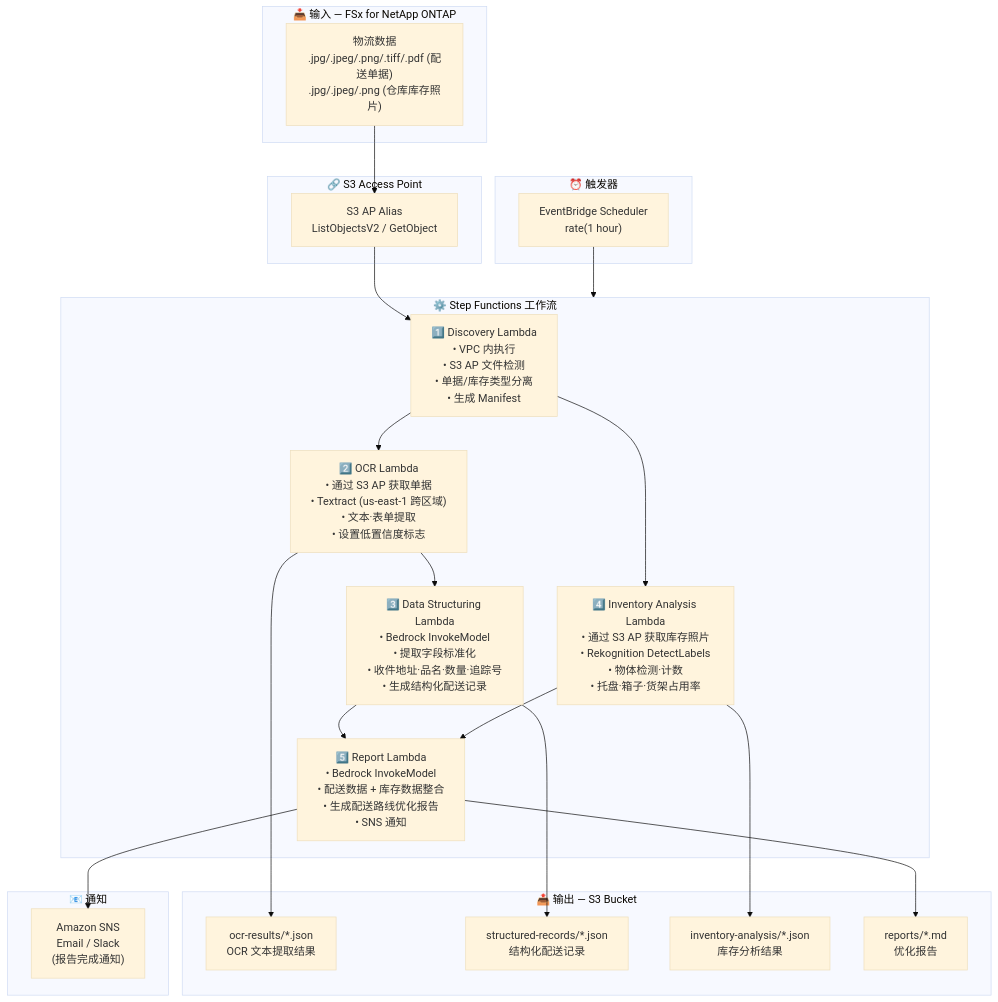
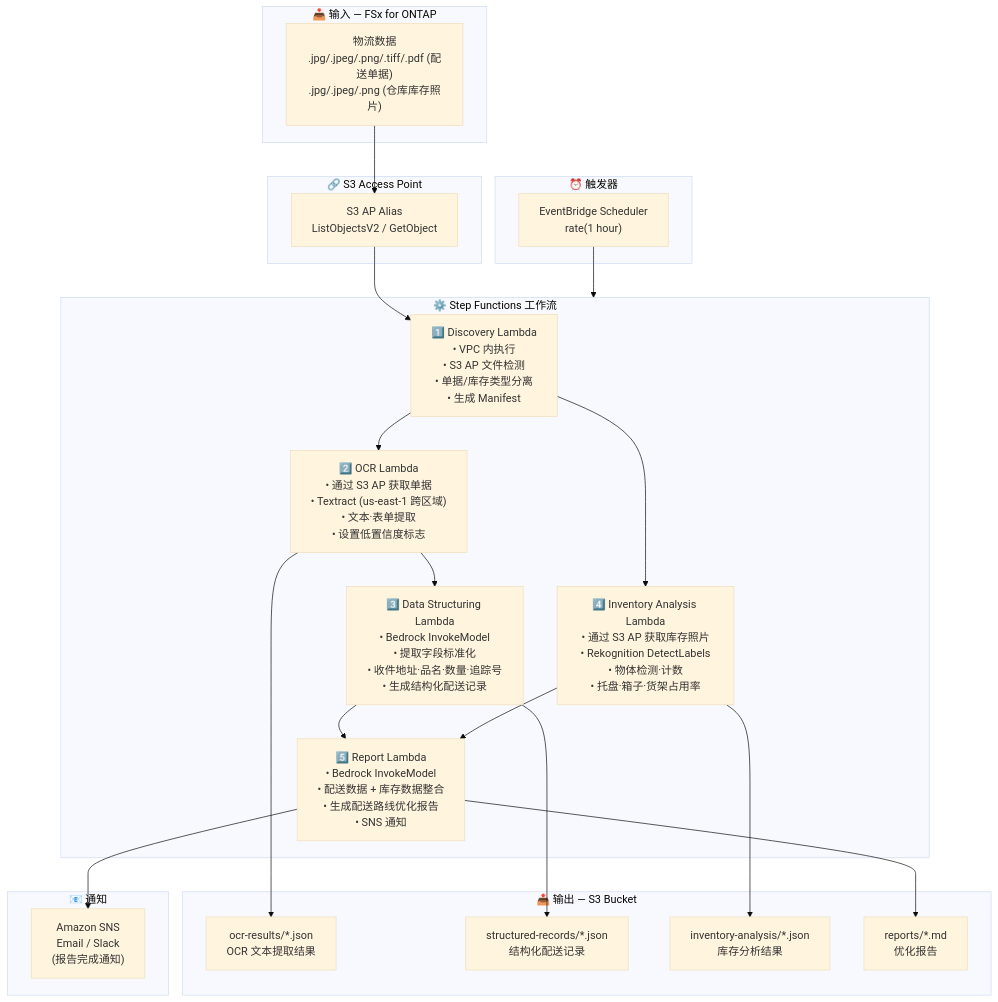
Before and after one commit to Yoshiki0705/FSx-for-ONTAP-S3AccessPoints-Serverless-Patterns: the diagram in logistics-ocr/docs/architecture.zh-CN.md, drawn with Mermaid (base theme). The commit also changed other lines of this file and 597 other files, not shown here.

````diff
--- a/logistics-ocr/docs/architecture.zh-CN.md
+++ b/logistics-ocr/docs/architecture.zh-CN.md
@@ -13,47 +13,47 @@
 ```mermaid
 flowchart TB
-    subgraph INPUT["📥 输入 — FSx for NetApp ONTAP"]
+    subgraph INPUT["📥 输入 — FSx for ONTAP"]
         DATA["物流数据<br/>.jpg/.jpeg/.png/.tiff/.pdf (配送单据)<br/>.jpg/.jpeg/.png (仓库库存照片)"]
     end
 
     subgraph S3AP["🔗 S3 Access Point"]
         ALIAS["S3 AP Alias<br/>ListObjectsV2 / GetObject"]
     end
 
     subgraph TRIGGER["⏰ 触发器"]
         EB["EventBridge Scheduler<br/>rate(1 hour)"]
     end
 
     subgraph SFN["⚙️ Step Functions 工作流"]
         DISC["1️⃣ Discovery Lambda<br/>• VPC 内执行<br/>• S3 AP 文件检测<br/>• 单据/库存类型分离<br/>• 生成 Manifest"]
         OCR["2️⃣ OCR Lambda<br/>• 通过 S3 AP 获取单据<br/>• Textract (us-east-1 跨区域)<br/>• 文本·表单提取<br/>• 设置低置信度标志"]
         DS["3️⃣ Data Structuring Lambda<br/>• Bedrock InvokeModel<br/>• 提取字段标准化<br/>• 收件地址·品名·数量·追踪号<br/>• 生成结构化配送记录"]
         IA["4️⃣ Inventory Analysis Lambda<br/>• 通过 S3 AP 获取库存照片<br/>• Rekognition DetectLabels<br/>• 物体检测·计数<br/>• 托盘·箱子·货架占用率"]
         RPT["5️⃣ Report Lambda<br/>• Bedrock InvokeModel<br/>• 配送数据 + 库存数据整合<br/>• 生成配送路线优化报告<br/>• SNS 通知"]
     end
 
     subgraph OUTPUT["📤 输出 — S3 Bucket"]
         OCROUT["ocr-results/*.json<br/>OCR 文本提取结果"]
         STROUT["structured-records/*.json<br/>结构化配送记录"]
         INVOUT["inventory-analysis/*.json<br/>库存分析结果"]
         REPORT["reports/*.md<br/>优化报告"]
     end
 
     subgraph NOTIFY["📧 通知"]
         SNS["Amazon SNS<br/>Email / Slack<br/>(报告完成通知)"]
     end
 
     DATA --> ALIAS
     ALIAS --> DISC
     EB --> SFN
     DISC --> OCR
     DISC --> IA
     OCR --> DS
     DS --> RPT
     IA --> RPT
     OCR --> OCROUT
     DS --> STROUT
     IA --> INVOUT
     RPT --> REPORT
     RPT --> SNS
 ```
````
